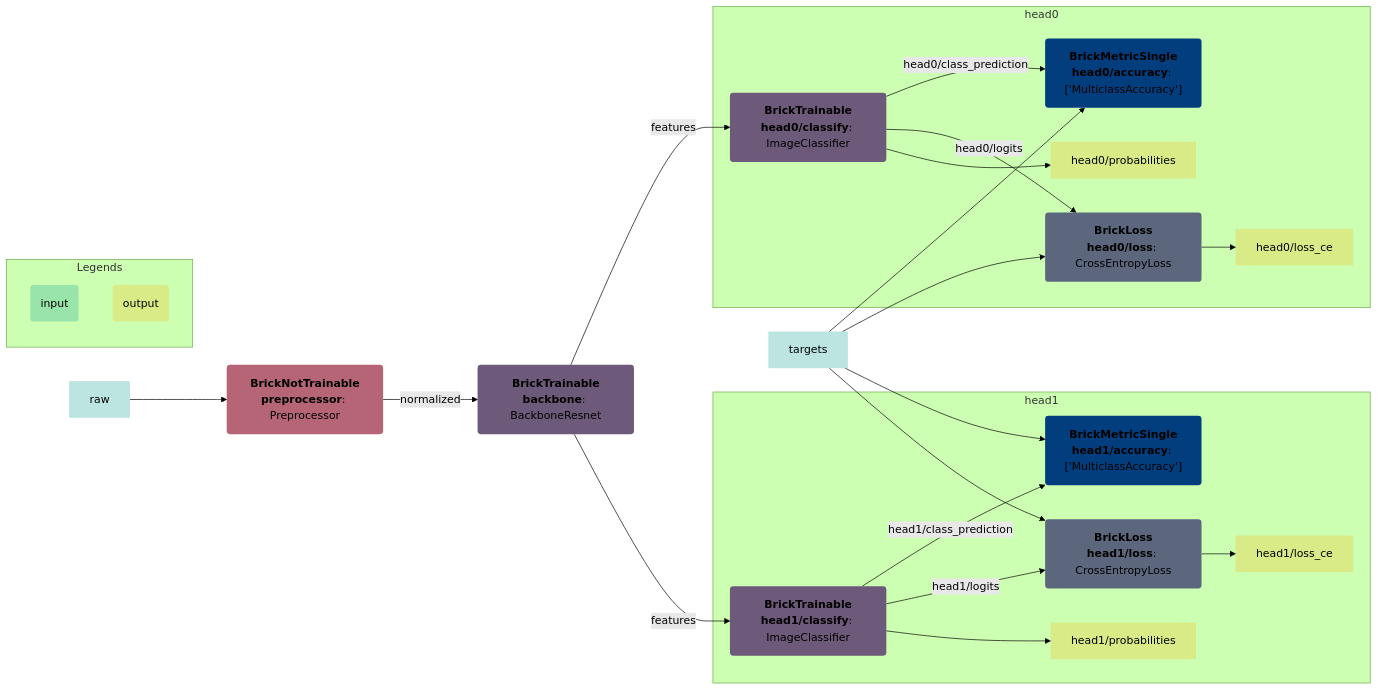
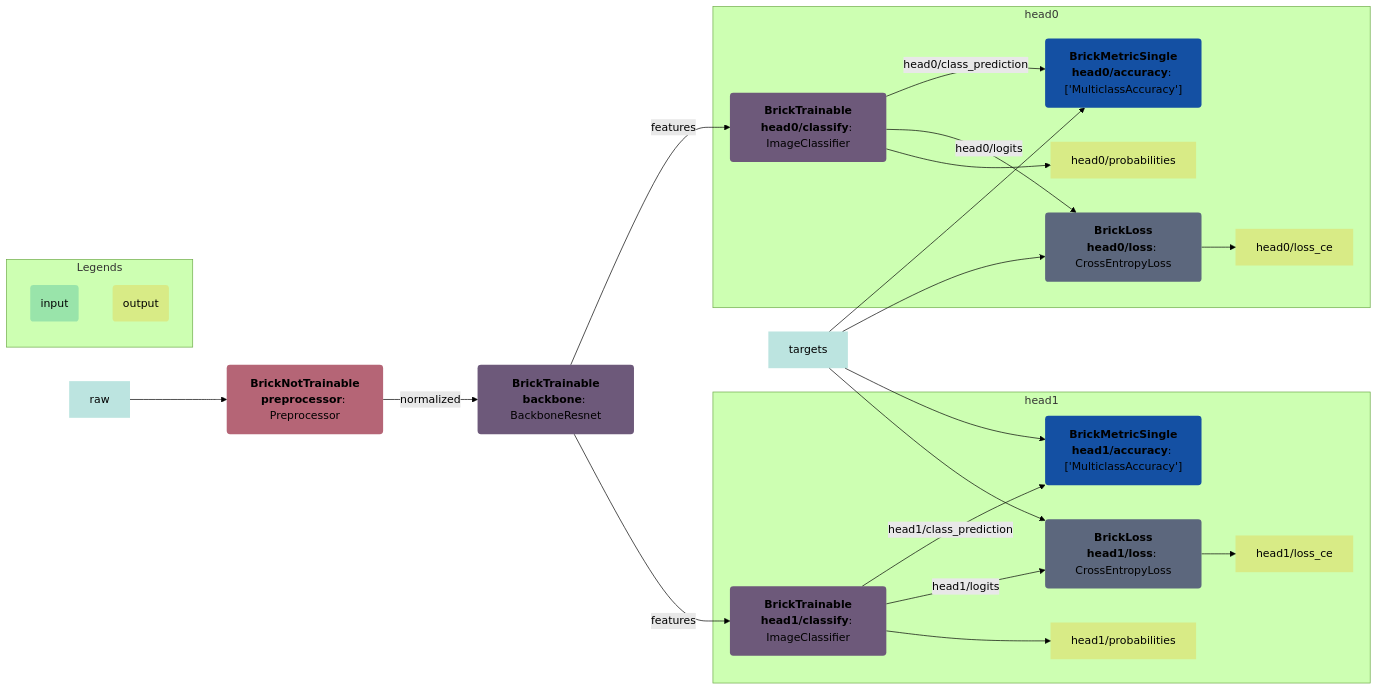
The third of 3 diagrams in README.md (pete-machine/torchbricks), drawn with Mermaid (forest theme) before and after one commit. The commit also changed 2 other files, not shown here.

Commit message:
Change brick color

````diff
--- a/README.md
+++ b/README.md
@@ -466,51 +466,51 @@
 ```mermaid
 flowchart LR
     %% Brick definitions
     preprocessor("<strong>BrickNotTrainable</strong><br><strong>preprocessor</strong>: Preprocessor"):::BrickNotTrainable
     backbone("<strong>BrickTrainable</strong><br><strong>backbone</strong>: BackboneResnet"):::BrickTrainable
     head0/classify("<strong>BrickTrainable</strong><br><strong>head0/classify</strong>: ImageClassifier"):::BrickTrainable
     head0/accuracy("<strong>BrickMetricSingle</strong><br><strong>head0/accuracy</strong>: ['MulticlassAccuracy']"):::BrickMetricSingle
     head0/loss("<strong>BrickLoss</strong><br><strong>head0/loss</strong>: CrossEntropyLoss"):::BrickLoss
     head1/classify("<strong>BrickTrainable</strong><br><strong>head1/classify</strong>: ImageClassifier"):::BrickTrainable
     head1/accuracy("<strong>BrickMetricSingle</strong><br><strong>head1/accuracy</strong>: ['MulticlassAccuracy']"):::BrickMetricSingle
     head1/loss("<strong>BrickLoss</strong><br><strong>head1/loss</strong>: CrossEntropyLoss"):::BrickLoss
     
     %% Draw input and outputs
     raw:::input --> preprocessor
     targets:::input --> head0/accuracy
     targets:::input --> head0/loss
     targets:::input --> head1/accuracy
     targets:::input --> head1/loss
     
     %% Draw nodes and edges
     preprocessor --> |normalized| backbone
     backbone --> |features| head0/classify
     backbone --> |features| head1/classify
     subgraph head0
         head0/classify --> |head0/class_prediction| head0/accuracy
         head0/classify --> |head0/logits| head0/loss
         head0/classify --> head0/probabilities:::output
         head0/loss --> head0/loss_ce:::output
     end
     subgraph head1
         head1/classify --> |head1/class_prediction| head1/accuracy
         head1/classify --> |head1/logits| head1/loss
         head1/classify --> head1/probabilities:::output
         head1/loss --> head1/loss_ce:::output
     end
     
     %% Add styling
     classDef arrow stroke-width:0px,fill-opacity:0.0 
     classDef input stroke-width:0px,fill-opacity:0.3,fill:#22A699 
     classDef output stroke-width:0px,fill-opacity:0.3,fill:#F2BE22 
     classDef BrickNotTrainable stroke-width:0px,fill:#B56576 
     classDef BrickTrainable stroke-width:0px,fill:#6D597A 
-    classDef BrickMetricSingle stroke-width:0px,fill:#023E7D 
+    classDef BrickMetricSingle stroke-width:0px,fill:#1450A3 
     classDef BrickLoss stroke-width:0px,fill:#5C677D 
     
     %% Add legends
     subgraph Legends
         input(input):::input
         output(output):::output
     end
 ```
````
